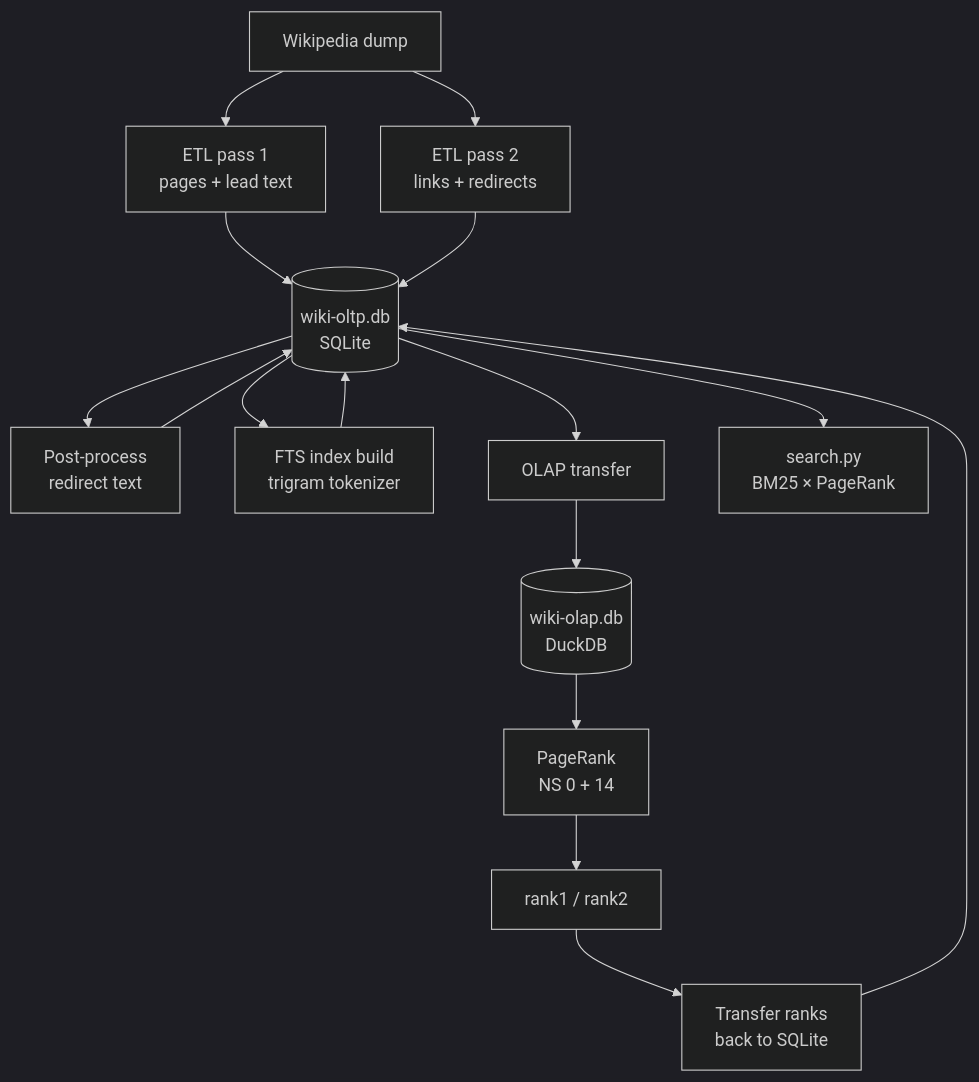
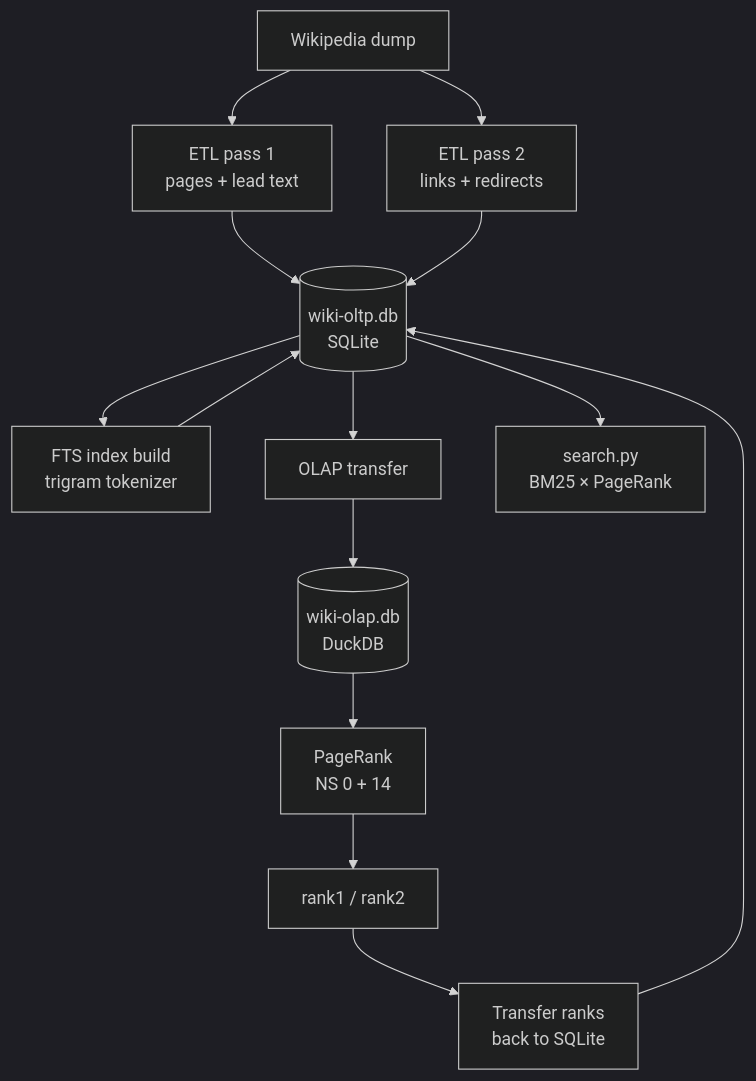
Before and after one commit to idesis-gmbh/WikiExperiments: the diagram in README.md, drawn with Mermaid (dark theme). The commit also changed other lines of this file and 9 other files, not shown here.

````diff
--- a/README.md
+++ b/README.md
@@ -26,18 +26,16 @@
 ```mermaid
 flowchart TD
     A[Wikipedia dump] --> B[ETL pass 1\npages + lead text]
     B --> C[(wiki-oltp.db\nSQLite)]
     A --> D[ETL pass 2\nlinks + redirects]
     D --> C
-    C --> E[Post-process\nredirect text]
-    E --> C
     C --> F[FTS index build\ntrigram tokenizer]
     F --> C
     C --> G[OLAP transfer]
     G --> H[(wiki-olap.db\nDuckDB)]
     H --> I[PageRank\nNS 0 + 14]
     I --> J[rank1 / rank2]
     J --> K[Transfer ranks\nback to SQLite]
     K --> C
     C --> L[search.py\nBM25 × PageRank]
 ```
````
